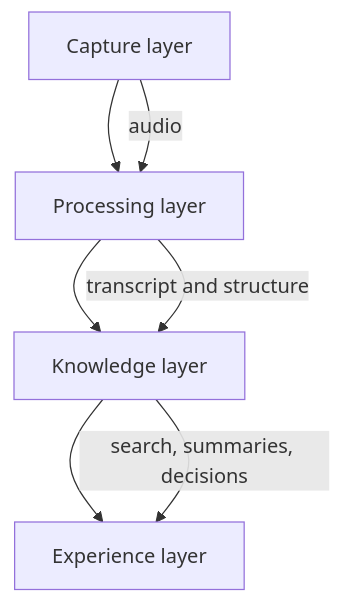
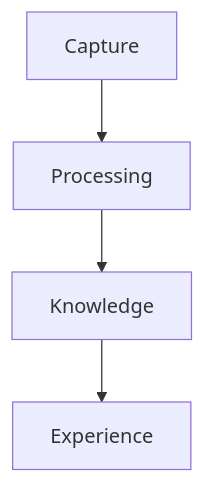
One commit to farismnrr/portofolio changed the fourth of 4 diagrams in frontend/content/projects/sensio-notes.md. Above: the diagram before and after it, drawn with Mermaid. The commit also changed other lines of this file and 6 other files, not shown here.

````diff
--- a/frontend/content/projects/sensio-notes.md
+++ b/frontend/content/projects/sensio-notes.md
@@ -120,10 +134,6 @@
 ```mermaid
 flowchart TD
-    C[Capture layer] --> P[Processing layer]
-    P --> K[Knowledge layer]
-    K --> E[Experience layer]
-
-    C -->|audio| P
-    P -->|transcript and structure| K
-    K -->|search, summaries, decisions| E
+    C[Capture] --> P[Processing]
+    P --> K[Knowledge]
+    K --> E[Experience]
 ```
````
